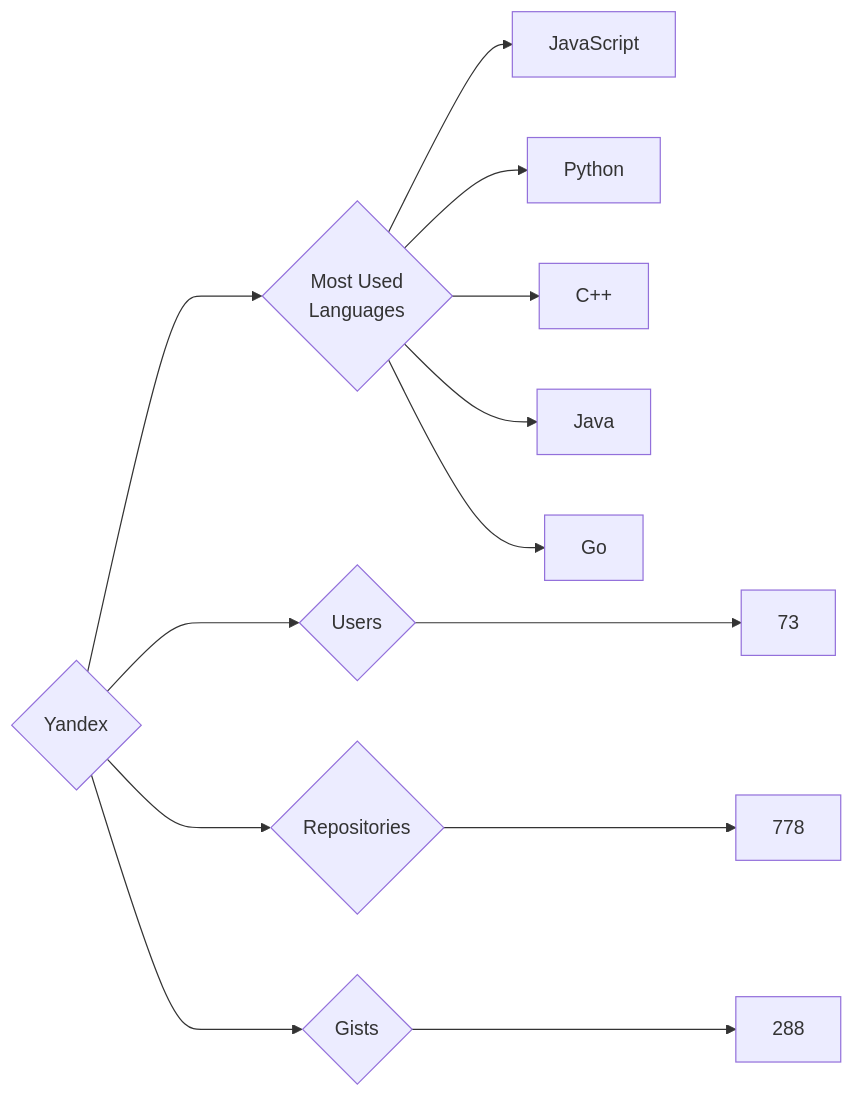
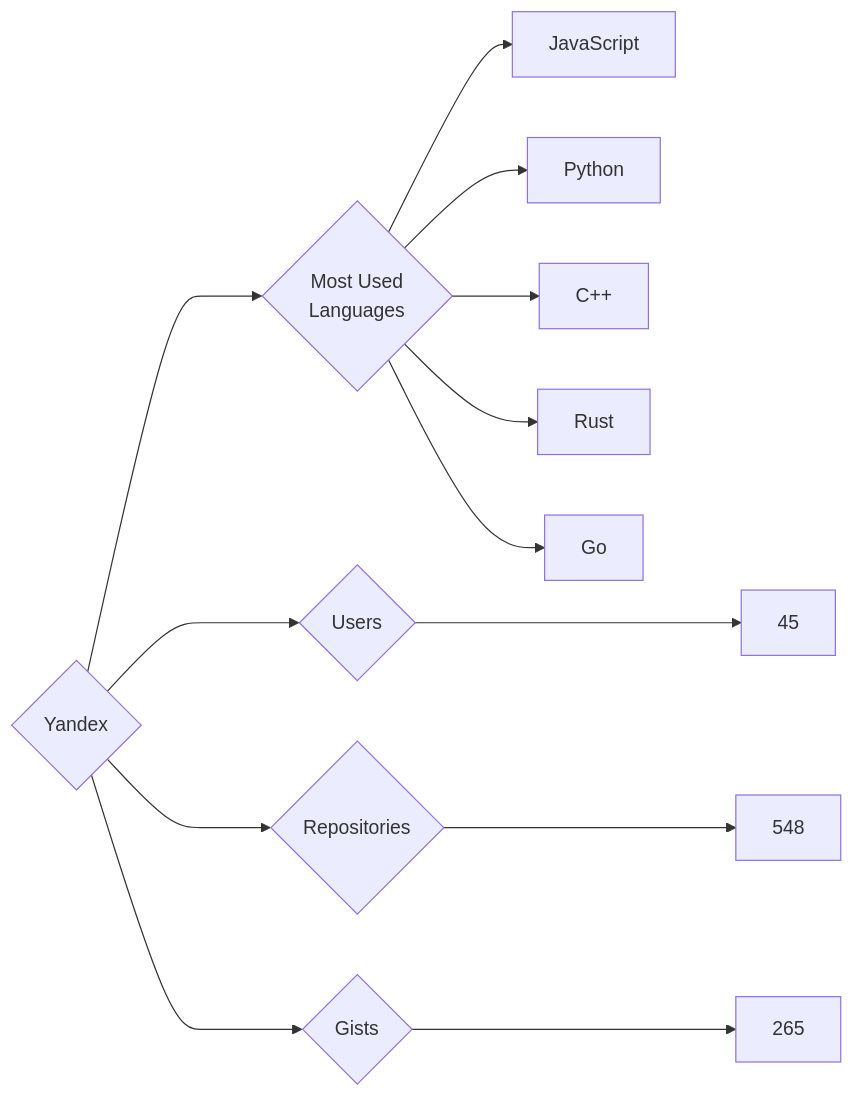
One commit to trickest/insiders changed the diagram in targets/Yandex/README.md. Above: the diagram before and after it, drawn with Mermaid. The commit also changed 770 other files, not shown here.

````diff
--- a/targets/Yandex/README.md
+++ b/targets/Yandex/README.md
@@ -3,13 +3,13 @@
 ```mermaid
 graph LR
 COMPANY_NAME{Yandex}
-COMPANY_NAME ---> U{Users} ---> UN[73]
-COMPANY_NAME ---> R{Repositories} ---> RN[778]
-COMPANY_NAME ---> G{Gists} ---> GN[288]
+COMPANY_NAME ---> U{Users} ---> UN[45]
+COMPANY_NAME ---> R{Repositories} ---> RN[548]
+COMPANY_NAME ---> G{Gists} ---> GN[265]
 COMPANY_NAME ---> ML{Most Used<br>Languages}
 ML --> JavaScript[JavaScript]
 ML --> Python[Python]
 ML --> C++[C++]
-ML --> Java[Java]
+ML --> Rust[Rust]
 ML --> Go[Go]
 ```
````
